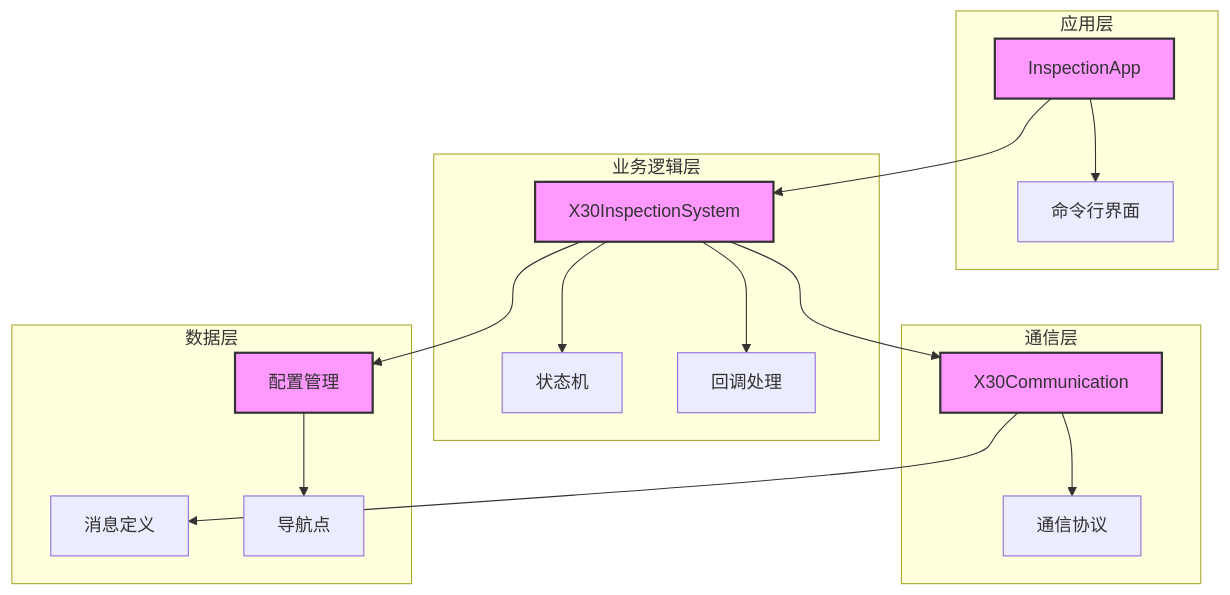
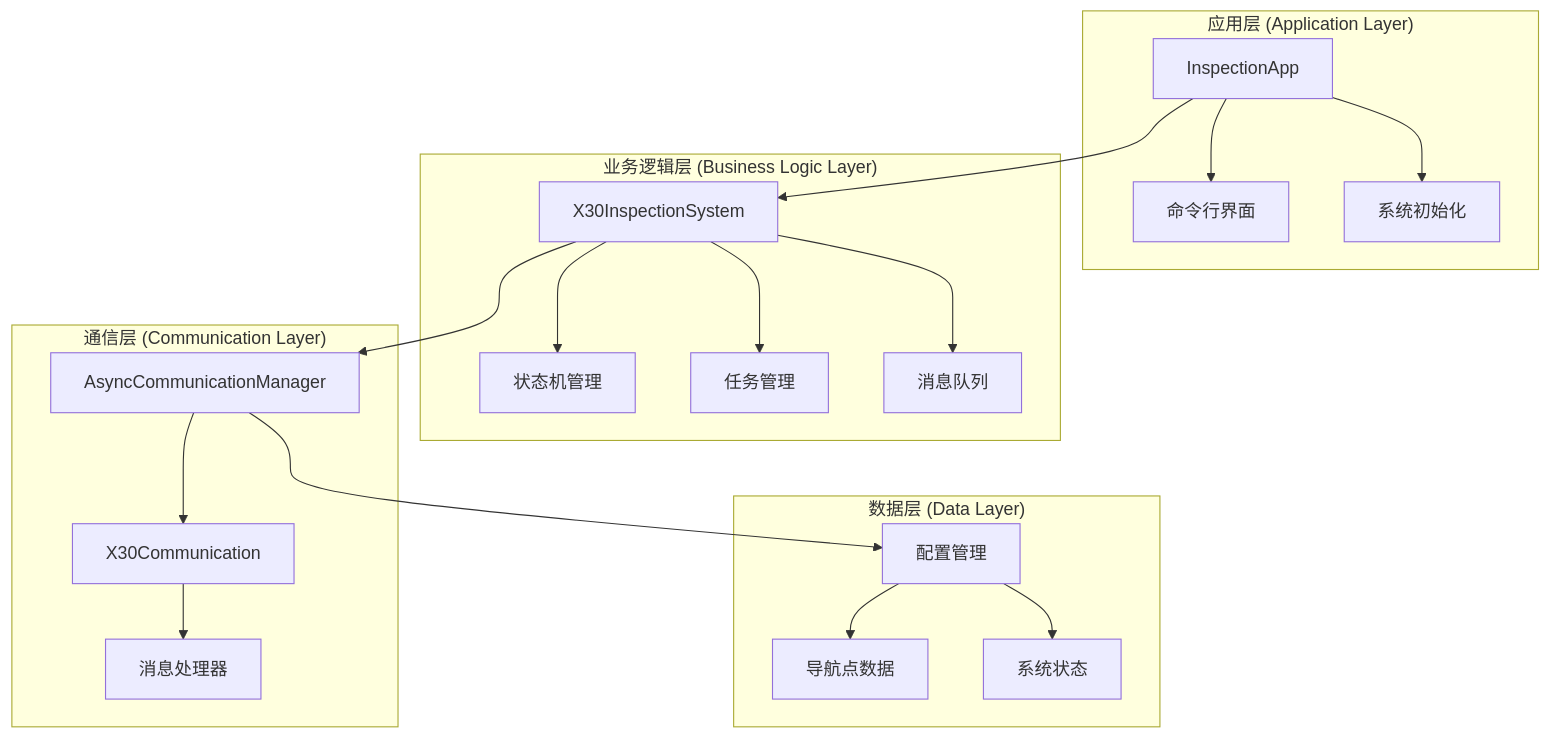
Before and after one commit to tailu123/Intelligent_Inspection: the first of 3 diagrams in docs/architecture.md, drawn with Mermaid. The commit also changed other lines of this file and 6 other files, not shown here.

````diff
--- a/docs/architecture.md
+++ b/docs/architecture.md
@@ -5,37 +19,40 @@
 ```mermaid
 graph TB
-    subgraph 应用层
-        App[InspectionApp]
-        CLI[命令行界面]
-        App --> CLI
+    subgraph "应用层 (Application Layer)"
+        A1[InspectionApp]
+        A2[命令行界面]
+        A3[系统初始化]
+        A1 --> A2
+        A1 --> A3
     end
 
-    subgraph 业务逻辑层
-        System[X30InspectionSystem]
-        StateMachine[状态机]
-        Callback[回调处理]
-        System --> StateMachine
-        System --> Callback
+    subgraph "业务逻辑层 (Business Logic Layer)"
+        B1[X30InspectionSystem]
+        B2[状态机管理]
+        B3[任务管理]
+        B4[消息队列]
+        B1 --> B2
+        B1 --> B3
+        B1 --> B4
     end
 
-    subgraph 通信层
-        Comm[X30Communication]
-        Protocol[通信协议]
-        Comm --> Protocol
+    subgraph "通信层 (Communication Layer)"
+        C1[AsyncCommunicationManager]
+        C2[X30Communication]
+        C3[消息处理器]
+        C1 --> C2
+        C2 --> C3
     end
 
-    subgraph 数据层
-        Config[配置管理]
-        Messages[消息定义]
-        NavPoints[导航点]
+    subgraph "数据层 (Data Layer)"
+        D1[配置管理]
+        D2[导航点数据]
+        D3[系统状态]
+        D1 --> D2
+        D1 --> D3
     end
 
-    App --> System
-    System --> Comm
-    System --> Config
-    Comm --> Messages
-    Config --> NavPoints
-
-    classDef layer fill:#f9f,stroke:#333,stroke-width:2px;
-    class App,System,Comm,Config layer;
+    A1 --> B1
+    B1 --> C1
+    C1 --> D1
 ```
````
